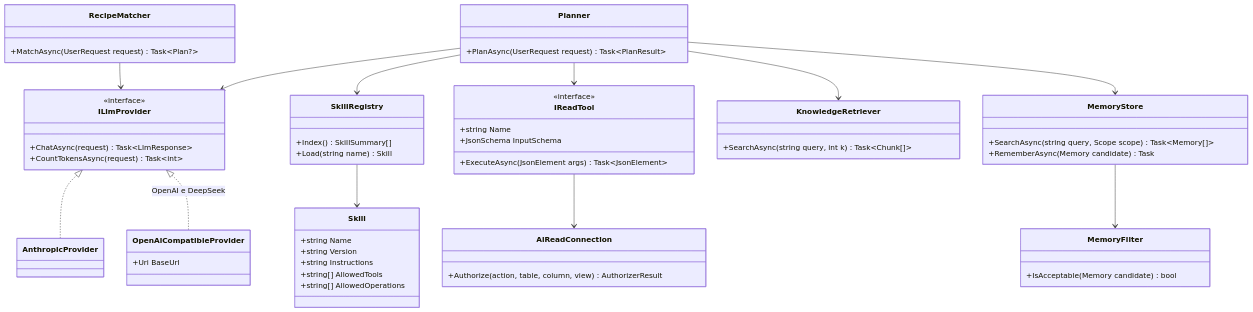
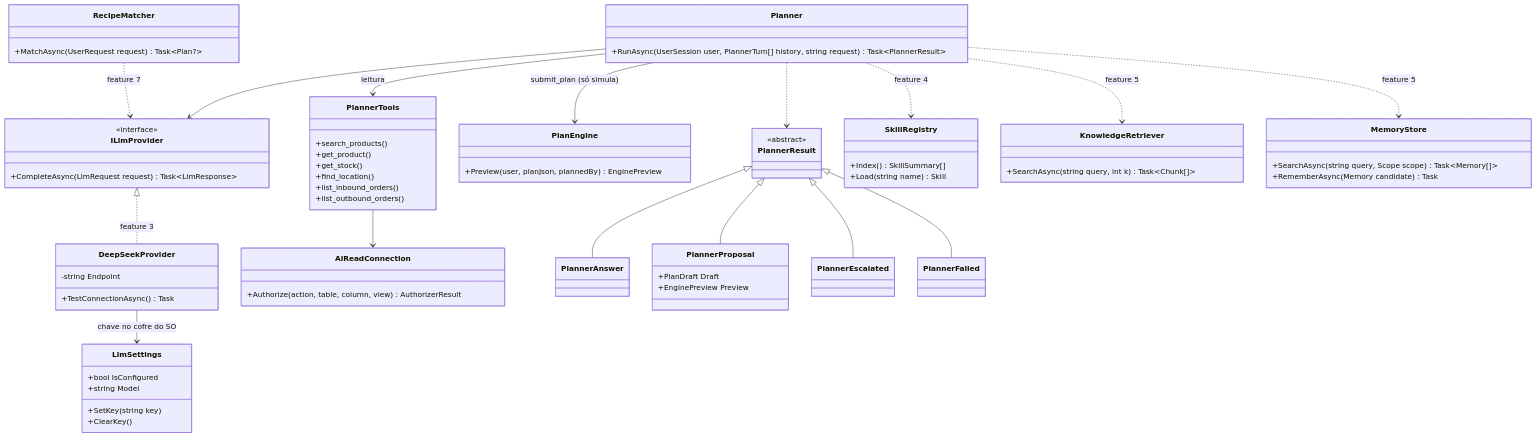
One commit to DevSamuelSCesar/ERP-Inteligente changed the fifth of 7 diagrams in README.md. Above: the diagram before and after it, drawn with Mermaid. The commit also changed other lines of this file and 55 other files, not shown here.

First line of the commit message:
Implementa a feature 3: Planner com tool calling (DeepSeek)

````diff
--- a/README.md
+++ b/README.md
@@ -294,61 +294,76 @@
 ```mermaid
 classDiagram
     class ILlmProvider {
         <<interface>>
-        +ChatAsync(request) Task~LlmResponse~
-        +CountTokensAsync(request) Task~int~
+        +CompleteAsync(LlmRequest request) Task~LlmResponse~
     }
-    class AnthropicProvider
-    class OpenAiCompatibleProvider {
-        +Uri BaseUrl
+    class DeepSeekProvider {
+        -string Endpoint
+        +TestConnectionAsync() Task
     }
-    ILlmProvider <|.. AnthropicProvider
-    ILlmProvider <|.. OpenAiCompatibleProvider : OpenAI e DeepSeek
+    class LlmSettings {
+        +bool IsConfigured
+        +string Model
+        +SetKey(string key)
+        +ClearKey()
+    }
+    ILlmProvider <|.. DeepSeekProvider : feature 3
+    DeepSeekProvider --> LlmSettings : chave no cofre do SO
 
     class Planner {
-        +PlanAsync(UserRequest request) Task~PlanResult~
+        +RunAsync(UserSession user, PlannerTurn[] history, string request) Task~PlannerResult~
     }
+    class PlannerResult {
+        <<abstract>>
+    }
+    class PlannerAnswer
+    class PlannerProposal {
+        +PlanDraft Draft
+        +EnginePreview Preview
+    }
+    class PlannerEscalated
+    class PlannerFailed
+    PlannerResult <|-- PlannerAnswer
+    PlannerResult <|-- PlannerProposal
+    PlannerResult <|-- PlannerEscalated
+    PlannerResult <|-- PlannerFailed
+    class PlannerTools {
+        +search_products()
+        +get_product()
+        +get_stock()
+        +find_location()
+        +list_inbound_orders()
+        +list_outbound_orders()
+    }
+    class AiReadConnection {
+        +Authorize(action, table, column, view) AuthorizerResult
+    }
+    class PlanEngine {
+        +Preview(user, planJson, plannedBy) EnginePreview
+    }
+
     class RecipeMatcher {
         +MatchAsync(UserRequest request) Task~Plan?~
     }
     class SkillRegistry {
         +Index() SkillSummary[]
         +Load(string name) Skill
-    }
-    class Skill {
-        +string Name
-        +string Version
-        +string Instructions
-        +string[] AllowedTools
-        +string[] AllowedOperations
-    }
-    class IReadTool {
-        <<interface>>
-        +string Name
-        +JsonSchema InputSchema
-        +ExecuteAsync(JsonElement args) Task~JsonElement~
-    }
-    class AiReadConnection {
-        +Authorize(action, table, column, view) AuthorizerResult
     }
     class KnowledgeRetriever {
         +SearchAsync(string query, int k) Task~Chunk[]~
     }
     class MemoryStore {
         +SearchAsync(string query, Scope scope) Task~Memory[]~
         +RememberAsync(Memory candidate) Task
     }
-    class MemoryFilter {
-        +IsAcceptable(Memory candidate) bool
-    }
 
     Planner --> ILlmProvider
-    Planner --> SkillRegistry
-    Planner --> IReadTool
-    Planner --> KnowledgeRetriever
-    Planner --> MemoryStore
-    RecipeMatcher --> ILlmProvider
-    SkillRegistry --> Skill
-    IReadTool --> AiReadConnection
-    MemoryStore --> MemoryFilter
+    Planner --> PlannerTools : leitura
+    Planner --> PlanEngine : submit_plan (só simula)
+    Planner ..> PlannerResult
+    PlannerTools --> AiReadConnection
+    Planner ..> SkillRegistry : feature 4
+    Planner ..> KnowledgeRetriever : feature 5
+    Planner ..> MemoryStore : feature 5
+    RecipeMatcher ..> ILlmProvider : feature 7
 ```
````
